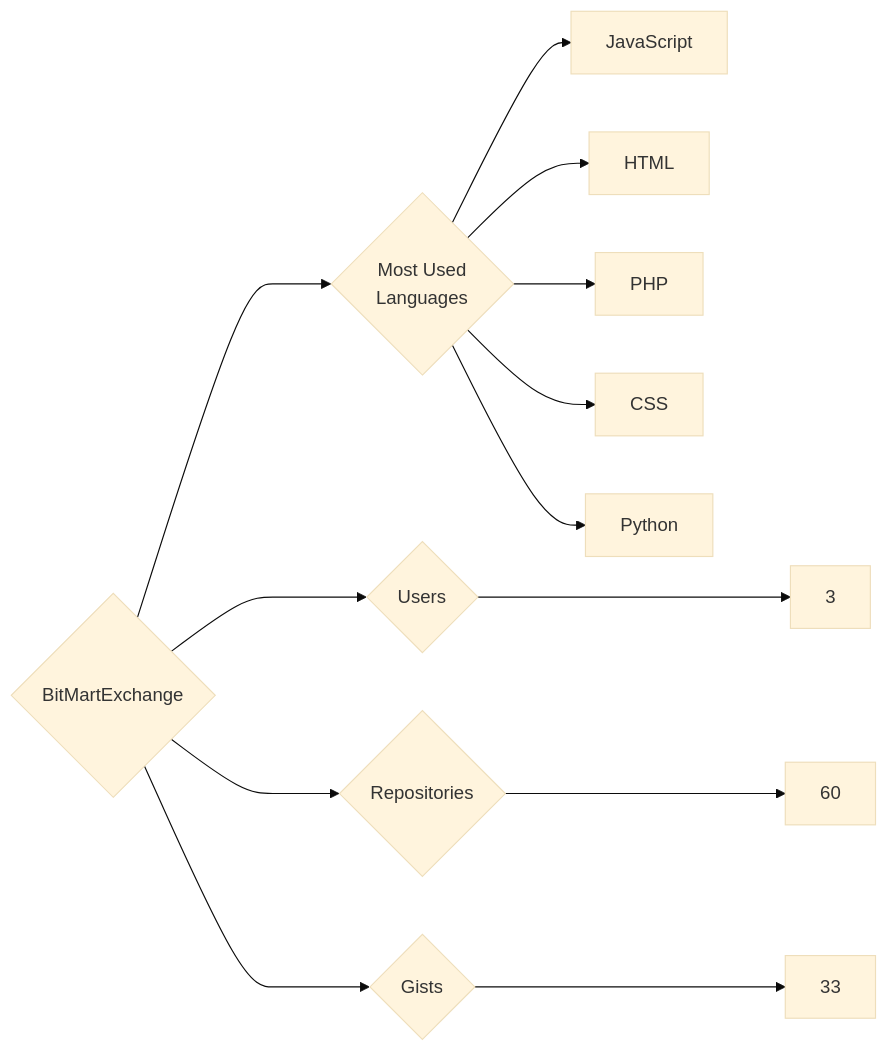
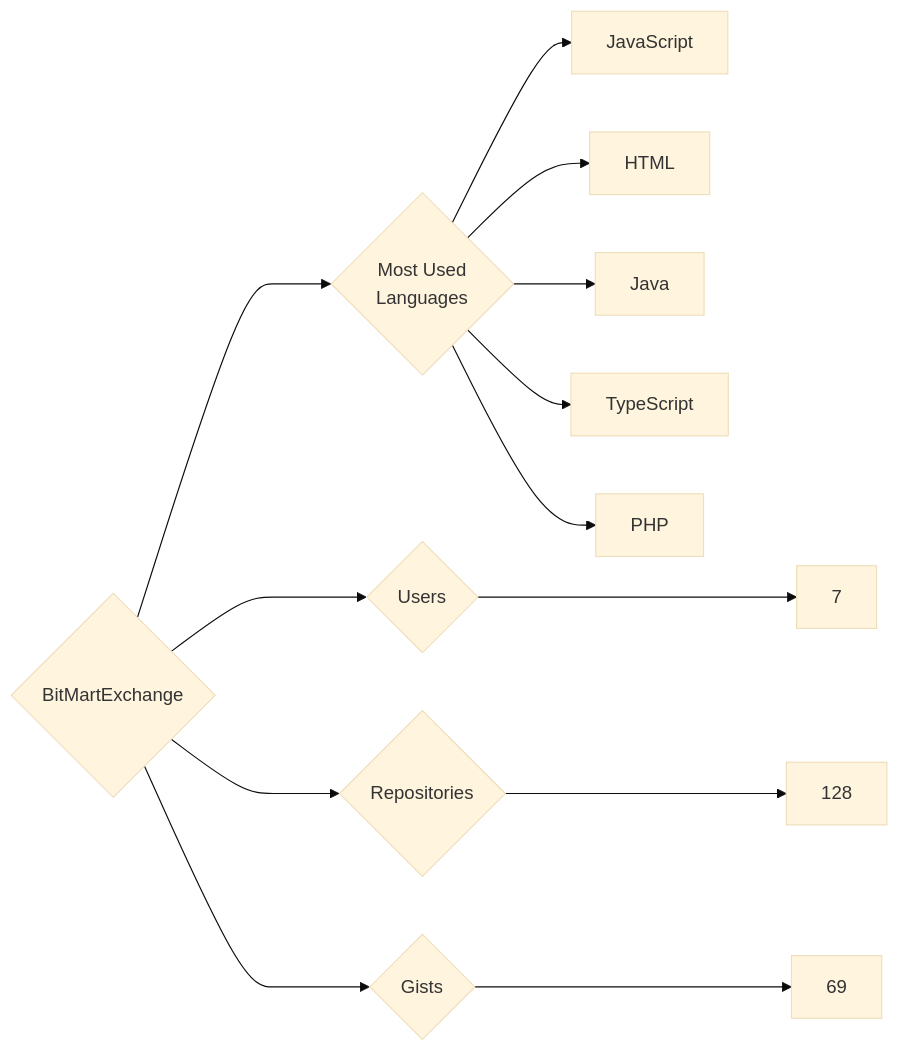
The diagram in targets/BitMartExchange/README.md (trickest/insiders), drawn with Mermaid (base theme) before and after one commit. The commit also changed 1089 other files, not shown here.

````diff
--- a/targets/BitMartExchange/README.md
+++ b/targets/BitMartExchange/README.md
@@ -3,13 +3,13 @@
 ```mermaid
 graph LR
 COMPANY_NAME{BitMartExchange}
-COMPANY_NAME ---> U{Users} ---> UN[3]
-COMPANY_NAME ---> R{Repositories} ---> RN[60]
-COMPANY_NAME ---> G{Gists} ---> GN[33]
+COMPANY_NAME ---> U{Users} ---> UN[7]
+COMPANY_NAME ---> R{Repositories} ---> RN[128]
+COMPANY_NAME ---> G{Gists} ---> GN[69]
 COMPANY_NAME ---> ML{Most Used<br>Languages}
 ML --> JavaScript[JavaScript]
 ML --> HTML[HTML]
+ML --> Java[Java]
+ML --> TypeScript[TypeScript]
 ML --> PHP[PHP]
-ML --> CSS[CSS]
-ML --> Python[Python]
 ```
````
